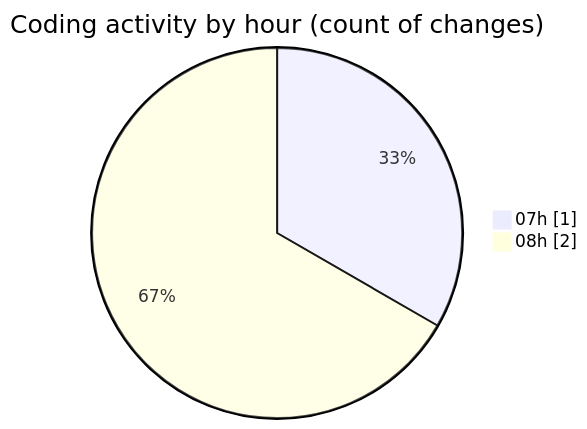
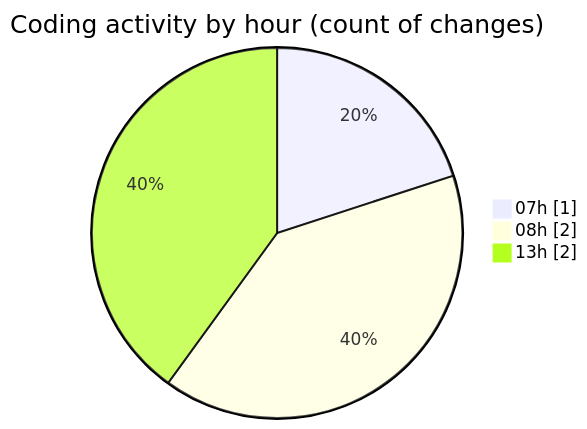
One commit to vahidmafi/code-tracking changed the second of 2 diagrams in 2025-01-24/zeytoon/README.md. Above: the diagram before and after it, drawn with Mermaid. The commit also changed other lines of this file and 1 other file, not shown here.

````diff
--- a/2025-01-24/zeytoon/README.md
+++ b/2025-01-24/zeytoon/README.md
@@ -30,6 +31,7 @@
 ```mermaid
 pie showData
 title Coding activity by hour (count of changes)
 "07h" : 1
 "08h" : 2
+"13h" : 2
 ```
````
